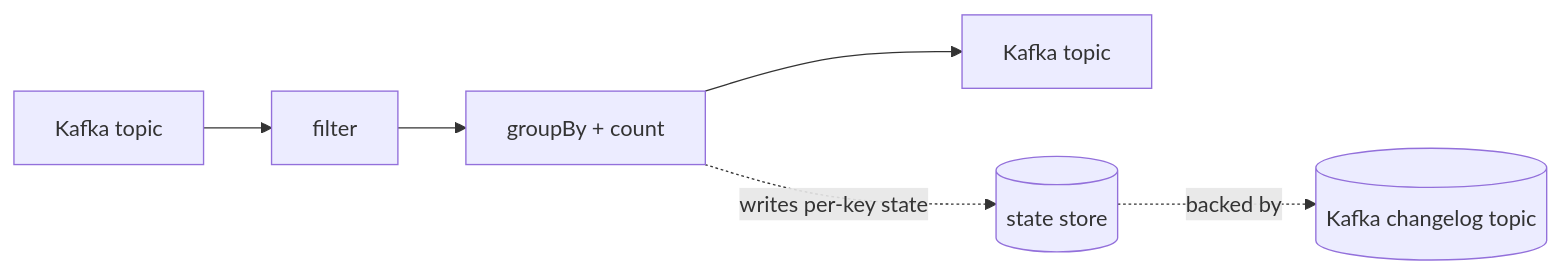
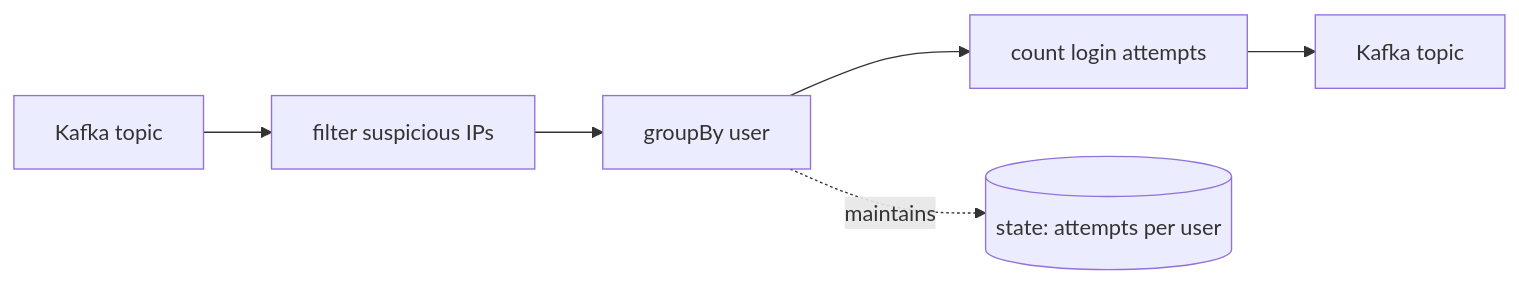
One commit to mchav/wireform- changed the diagram in website/src/content/docs/kafka-streams/get-started/what-is-kafka-streams.md. Above: the diagram before and after it, drawn with Mermaid. The commit also changed other lines of this file and 63 other files, not shown here.

````diff
--- a/website/src/content/docs/kafka-streams/get-started/what-is-kafka-streams.md
+++ b/website/src/content/docs/kafka-streams/get-started/what-is-kafka-streams.md
@@ -49,8 +44,8 @@
 ```mermaid
 flowchart LR
-  In[Kafka topic] --> Filter[filter]
-  Filter --> Group[groupBy + count]
-  Group --> Out[Kafka topic]
-  Group -.->|writes per-key state| Store[(state store)]
-  Store -.->|backed by| Changelog[(Kafka changelog topic)]
+  In[Kafka topic] --> Filter[filter suspicious IPs]
+  Filter --> Group[groupBy user]
+  Group --> Count[count login attempts]
+  Count --> Out[Kafka topic]
+  Group -.->|maintains| Store[(state: attempts per user)]
 ```
````
